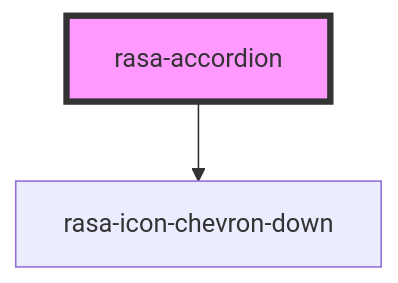
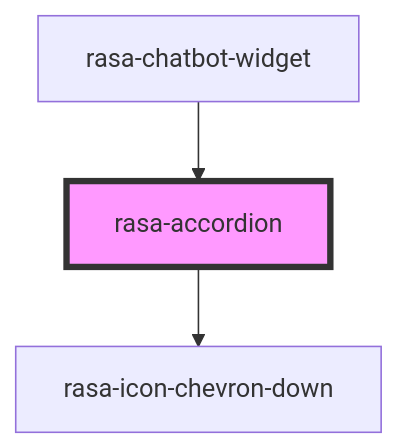
One commit to RasaHQ/chat-widget changed the diagram in packages/web-component/src/components/accordion/readme.md. Above: the diagram before and after it, drawn with Mermaid. The commit also changed other lines of this file and 41 other files, not shown here.

````diff
--- a/packages/web-component/src/components/accordion/readme.md
+++ b/packages/web-component/src/components/accordion/readme.md
@@ -22,5 +26,6 @@
 ```mermaid
 graph TD;
   rasa-accordion --> rasa-icon-chevron-down
+  rasa-chatbot-widget --> rasa-accordion
   style rasa-accordion fill:#f9f,stroke:#333,stroke-width:4px
 ```
````
